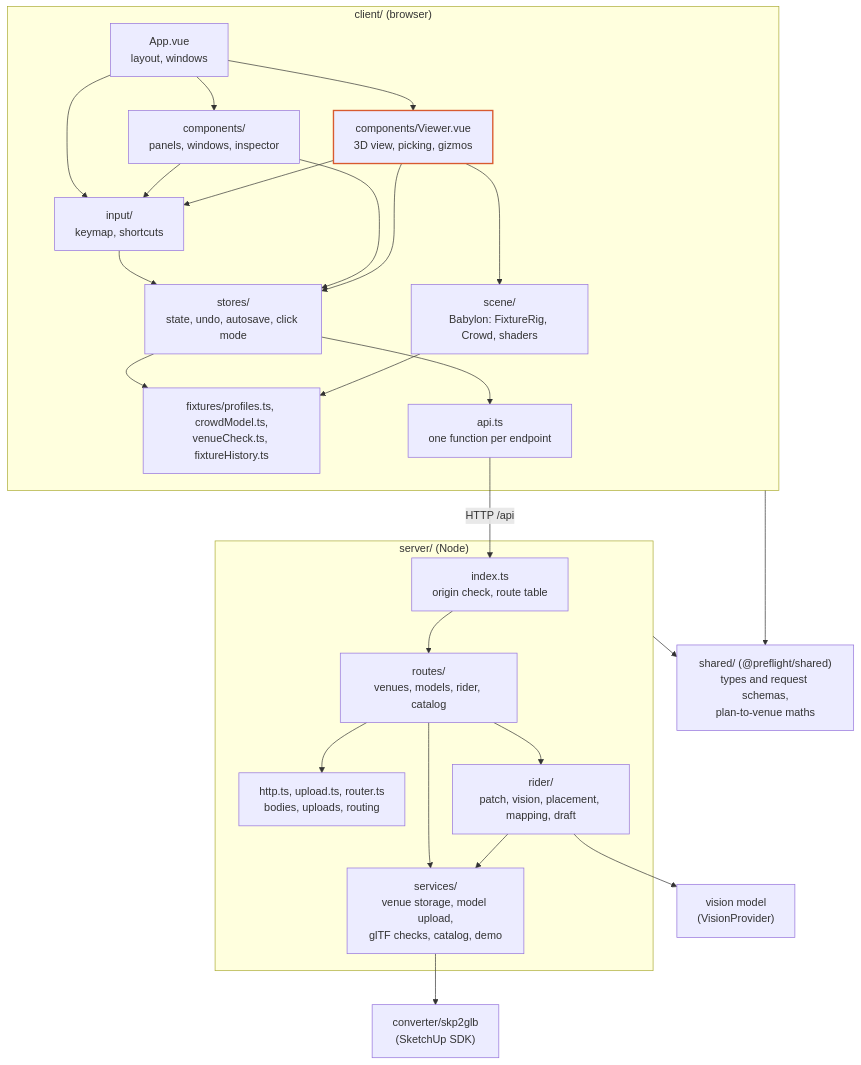
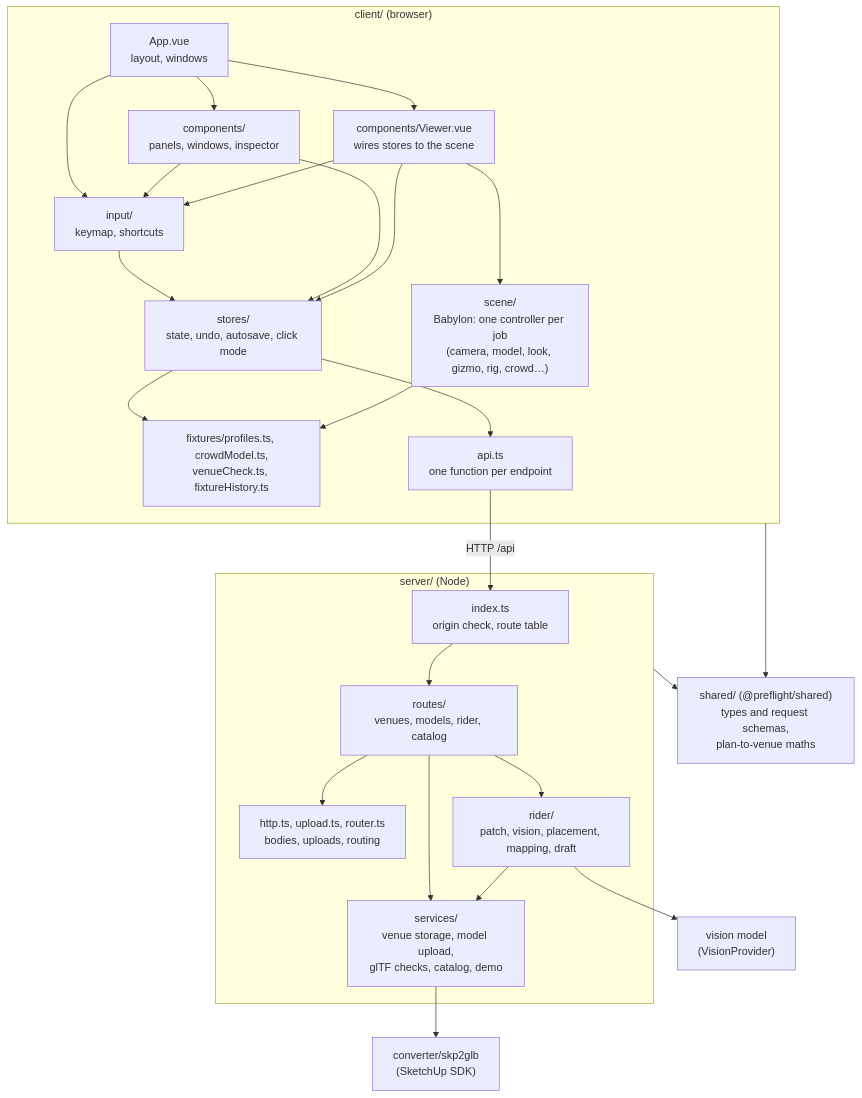
The diagram in docs/architecture.md (Keyes/preflight), drawn with Mermaid before and after one commit. The commit also changed other lines of this file and 3 other files, not shown here.

First line of the commit message:
Describe the scene controllers and the browser tests in the architecture and engineering docs, the README and CONTRIBUTING

````diff
--- a/docs/architecture.md
+++ b/docs/architecture.md
@@ -7,38 +7,36 @@
 ```mermaid
 flowchart TB
   subgraph client["client/ (browser)"]
     App["App.vue<br/>layout, windows"]
     UI["components/<br/>panels, windows, inspector"]
-    Viewer["components/Viewer.vue<br/>3D view, picking, gizmos"]
+    Viewer["components/Viewer.vue<br/>wires stores to the scene"]
     Stores["stores/<br/>state, undo, autosave, click mode"]
     Input["input/<br/>keymap, shortcuts"]
-    Scene["scene/<br/>Babylon: FixtureRig, Crowd, shaders"]
+    Scene["scene/<br/>Babylon: one controller per job<br/>(camera, model, look, gizmo, rig, crowd…)"]
     Domain["fixtures/profiles.ts, crowdModel.ts,<br/>venueCheck.ts, fixtureHistory.ts"]
     Api["api.ts<br/>one function per endpoint"]
   end
   subgraph server["server/ (Node)"]
     Index["index.ts<br/>origin check, route table"]
     Routes["routes/<br/>venues, models, rider, catalog"]
     Http["http.ts, upload.ts, router.ts<br/>bodies, uploads, routing"]
     Services["services/<br/>venue storage, model upload,<br/>glTF checks, catalog, demo"]
     Pipeline["rider/<br/>patch, vision, placement, mapping, draft"]
   end
   App --> UI & Viewer & Input
   UI & Viewer --> Input
   Input --> Stores
   UI --> Stores
   Viewer --> Stores
   Viewer --> Scene
   Stores --> Domain
   Stores --> Api
   Scene --> Domain
   Api -- "HTTP /api" --> Index
   Index --> Routes
   Routes --> Http & Services & Pipeline
   Pipeline --> Services
   Pipeline --> Vision["vision model<br/>(VisionProvider)"]
   Services --> Converter["converter/skp2glb<br/>(SketchUp SDK)"]
   client & server --> Shared["shared/ (@preflight/shared)<br/>types and request schemas,<br/>plan-to-venue maths"]
-  classDef hotspot stroke:#d85a30,stroke-width:2px
-  class Viewer hotspot
 ```
````
